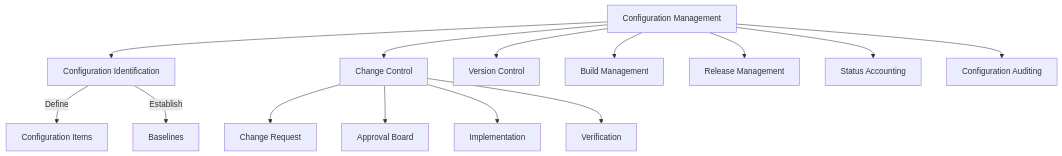
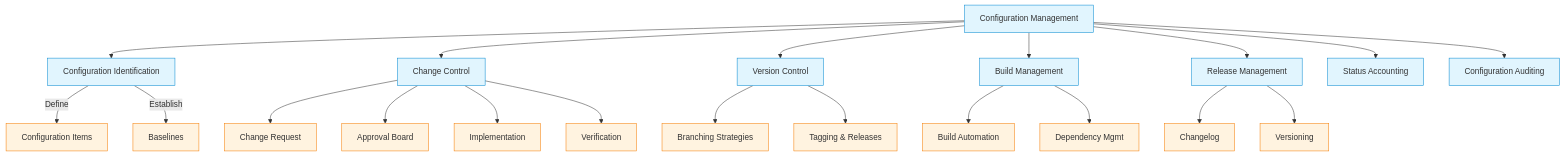
Before and after one commit to Raushan666java/ai-engineering-journey: the first of 7 diagrams in docs/courses/software-engineering/10-configuration-management.md, drawn with Mermaid. The commit also changed other lines of this file and 15 other files, not shown here.

Commit message:
deploy: software-engineering overhaul - 16 chapters expanded to avg 1284L (+7649L), richer Mermaid, more TS, deeper content

````diff
--- a/docs/courses/software-engineering/10-configuration-management.md
+++ b/docs/courses/software-engineering/10-configuration-management.md
@@ -20,18 +27,33 @@
 ```mermaid
 graph TD
     SCM[Configuration Management] --> ID[Configuration Identification]
     SCM --> CC[Change Control]
     SCM --> VS[Version Control]
     SCM --> BS[Build Management]
     SCM --> RL[Release Management]
     SCM --> SA[Status Accounting]
     SCM --> AU[Configuration Auditing]
     
     ID -->|Define| CI[Configuration Items]
     ID -->|Establish| BASELINE[Baselines]
     
     CC --> REQ[Change Request]
     CC --> APPR[Approval Board]
     CC --> IMPL[Implementation]
     CC --> VER[Verification]
+    
+    VS --> BRANCH[Branching Strategies]
+    VS --> TAG[Tagging & Releases]
+    
+    BS --> AUTO[Build Automation]
+    BS --> DEP[Dependency Mgmt]
+    
+    RL --> CHAN[Changelog]
+    RL --> VERSION[Versioning]
+    
+    classDef main fill:#e1f5fe,stroke:#0288d1
+    classDef sub fill:#fff3e0,stroke:#f57c00
+    
+    class SCM,ID,CC,VS,BS,RL,SA,AU main
+    class CI,BASELINE,REQ,APPR,IMPL,VER,BRANCH,TAG,AUTO,DEP,CHAN,VERSION sub
 ```
````
